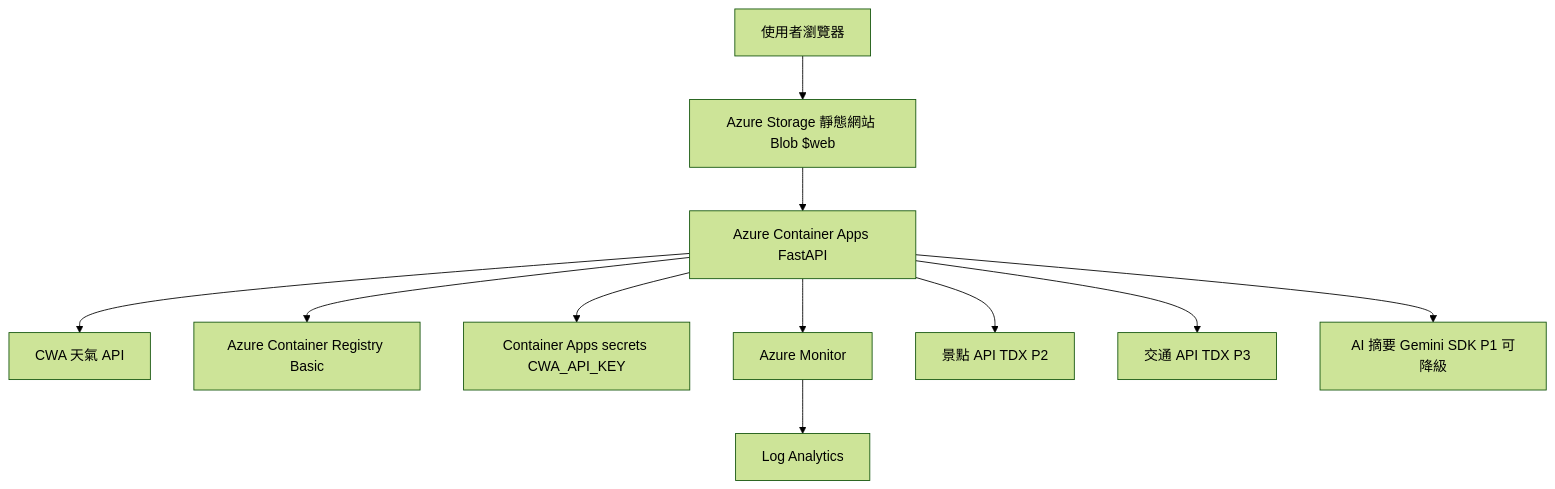
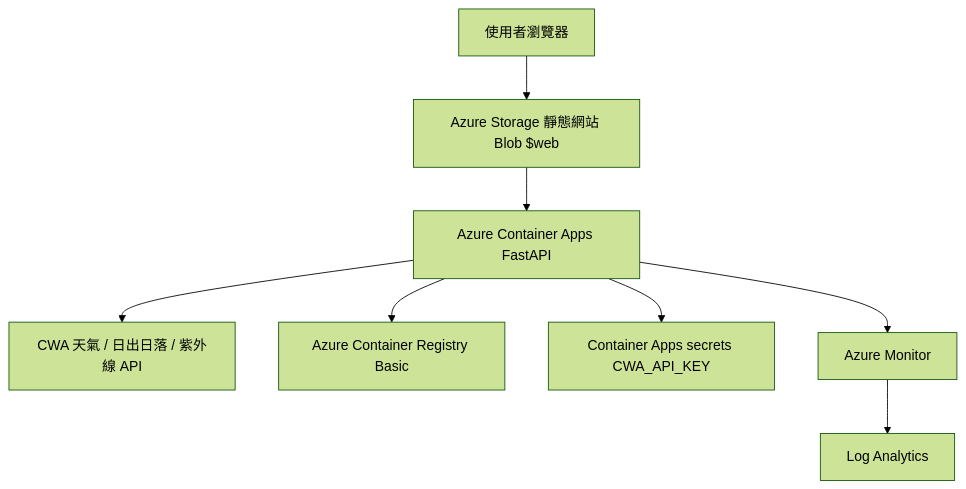
One commit to aoitsukikage-eng/trip-weather-planner changed the first of 2 diagrams in docs/cloud_architecture.md. Above: the diagram before and after it, drawn with Mermaid (forest theme). The commit also changed other lines of this file, not shown here.

Commit message:
docs: align cloud diagrams with live CWA flow

````diff
--- a/docs/cloud_architecture.md
+++ b/docs/cloud_architecture.md
@@ -11,13 +11,10 @@
 ```mermaid
 flowchart TB
   U["使用者瀏覽器"] --> FE["Azure Storage 靜態網站 Blob $web"]
   FE --> API["Azure Container Apps FastAPI"]
-  API --> CWA["CWA 天氣 API"]
+  API --> CWA["CWA 天氣 / 日出日落 / 紫外線 API"]
   API --> ACR["Azure Container Registry Basic"]
   API --> SEC["Container Apps secrets CWA_API_KEY"]
   API --> MON["Azure Monitor"]
   MON --> LA["Log Analytics"]
-  API --> POI["景點 API TDX P2"]
-  API --> ROUTE["交通 API TDX P3"]
-  API --> AI["AI 摘要 Gemini SDK P1 可降級"]
 ```
````
